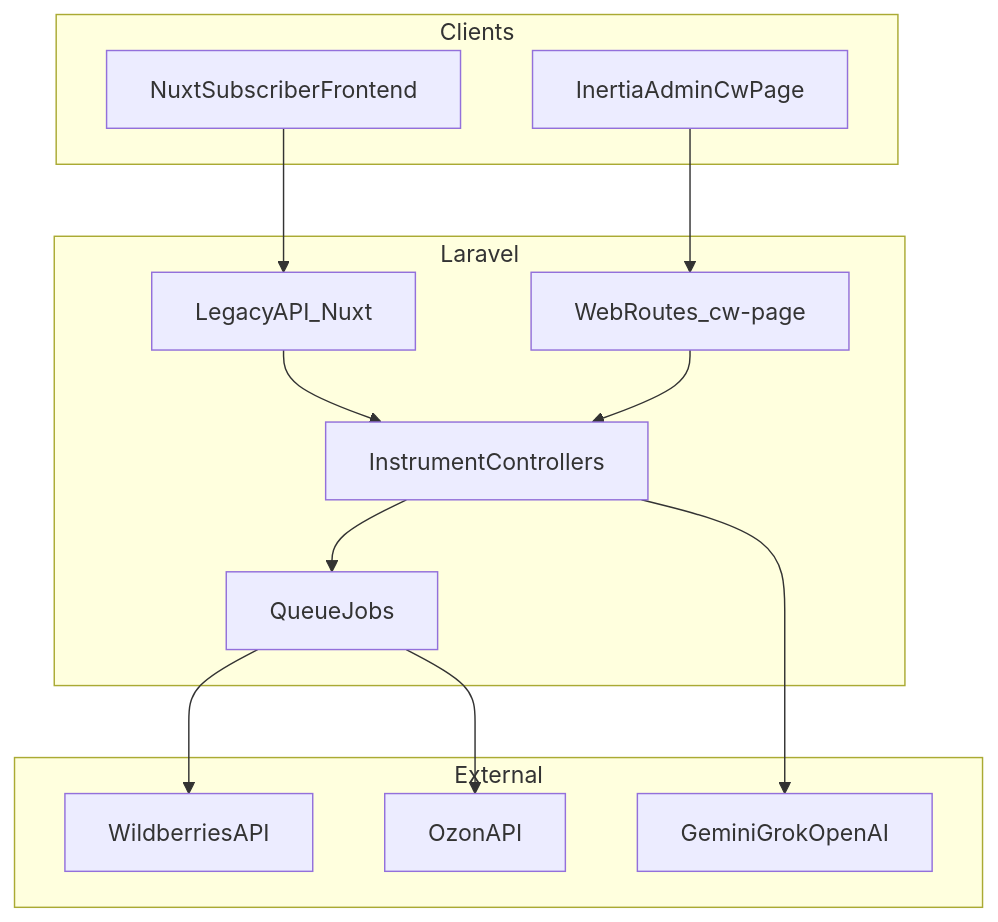
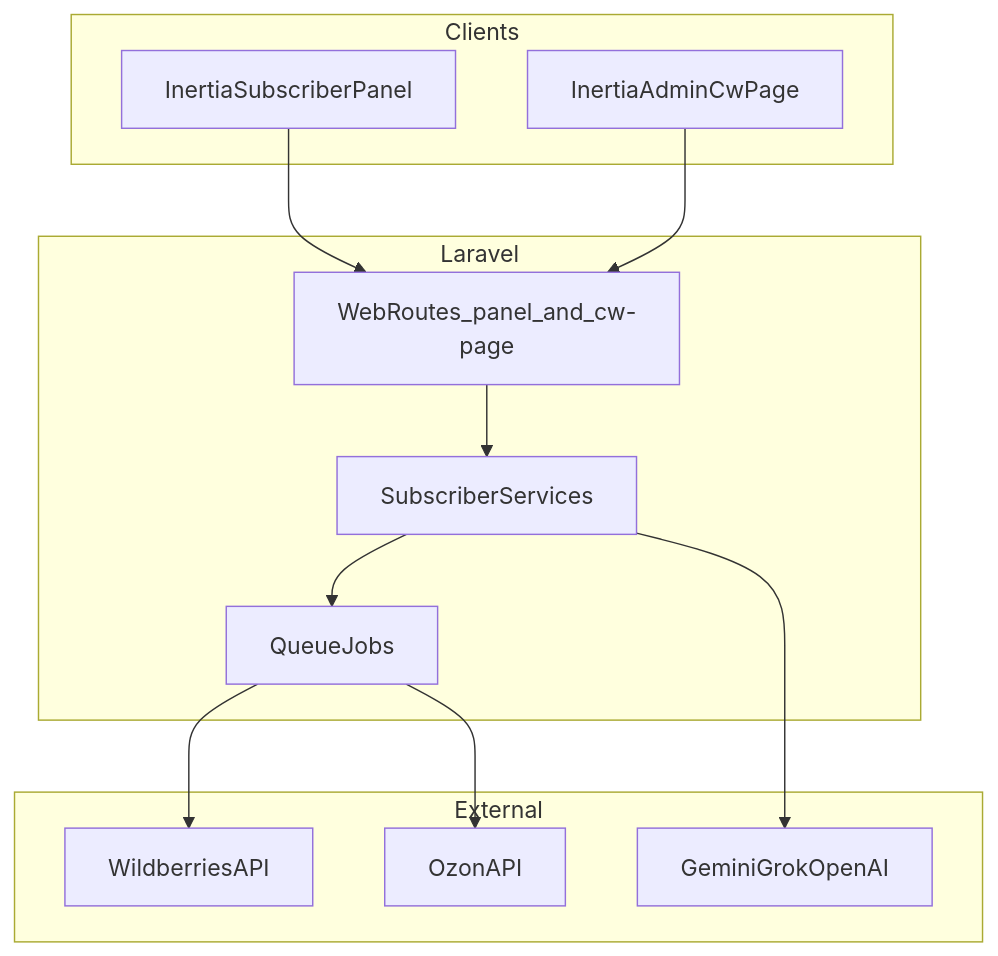
Before and after one commit to asokr/cw_inertia: the diagram in docs/README.md, drawn with Mermaid. The commit also changed other lines of this file and 314 other files, not shown here.

````diff
--- a/docs/README.md
+++ b/docs/README.md
@@ -18,26 +18,24 @@
 ```mermaid
 flowchart TB
     subgraph clients [Clients]
-        Nuxt[NuxtSubscriberFrontend]
+        InertiaSubscriber[InertiaSubscriberPanel]
         InertiaAdmin[InertiaAdminCwPage]
     end
-    subgraph api [Laravel]
-        WebRoutes[WebRoutes_cw-page]
-        ApiRoutes[LegacyAPI_Nuxt]
-        Instruments[InstrumentControllers]
+    subgraph laravel [Laravel]
+        WebRoutes[WebRoutes_panel_and_cw-page]
+        Services[SubscriberServices]
         Jobs[QueueJobs]
     end
     subgraph external [External]
         WB[WildberriesAPI]
         Ozon[OzonAPI]
         AI[GeminiGrokOpenAI]
     end
-    Nuxt --> ApiRoutes
+    InertiaSubscriber --> WebRoutes
     InertiaAdmin --> WebRoutes
-    ApiRoutes --> Instruments
-    WebRoutes --> Instruments
-    Instruments --> Jobs
+    WebRoutes --> Services
+    Services --> Jobs
     Jobs --> WB
     Jobs --> Ozon
-    Instruments --> AI
+    Services --> AI
 ```
````
